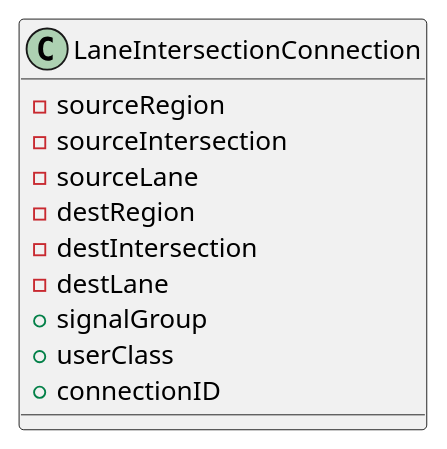
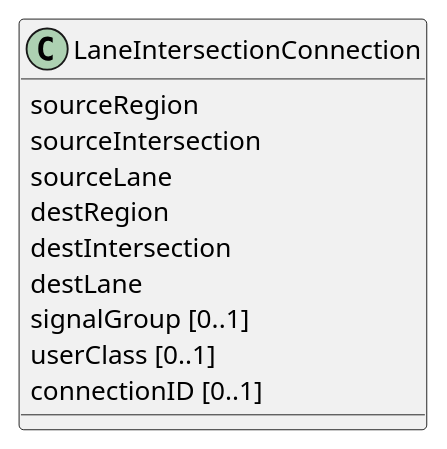
Before and after one commit to k-vaughn/its-reference-model: the diagram in laneintersectionConnection.puml, drawn with PlantUML. The commit also changed 6 other files, not shown here.

```diff
--- a/laneintersectionConnection.puml
+++ b/laneintersectionConnection.puml
@@ -1,15 +1,15 @@
 @startuml
 
 class LaneIntersectionConnection {
-	- sourceRegion
-	- sourceIntersection
-	- sourceLane
-	- destRegion
-	- destIntersection
-	- destLane
-	+ signalGroup
-	+ userClass
-	+ connectionID
+	sourceRegion
+	sourceIntersection
+	sourceLane
+	destRegion
+	destIntersection
+	destLane
+	signalGroup [0..1]
+	userClass [0..1]
+	connectionID [0..1]
 }
 
 @enduml
```
